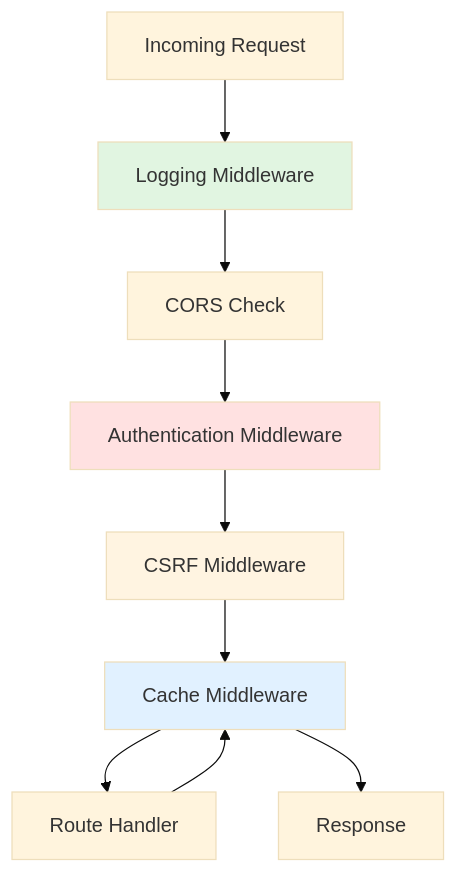
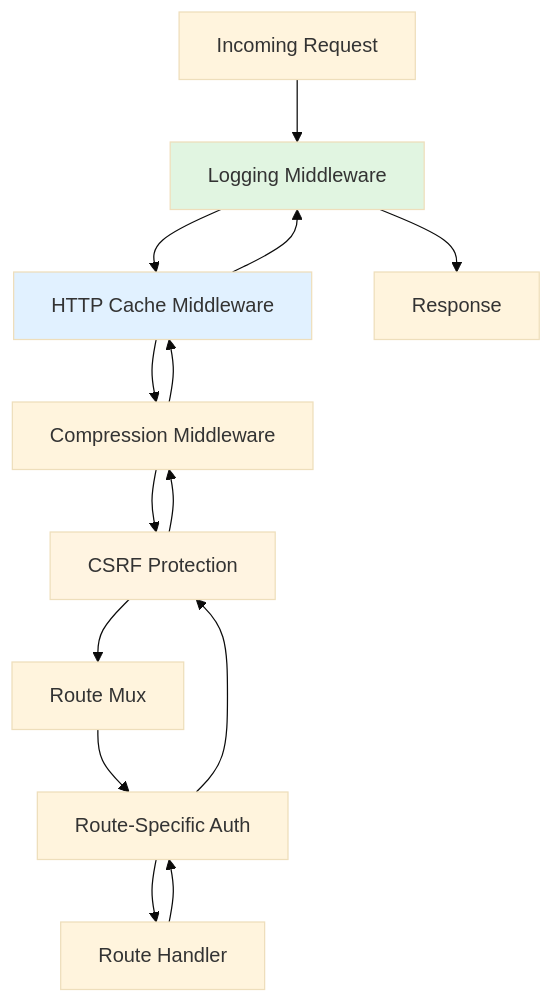
One commit to lbe/sfpg-go changed the sixth of 21 diagrams in docs/ARCHITECTURE.md. Above: the diagram before and after it, drawn with Mermaid (base theme). The commit also changed other lines of this file and 180 other files, not shown here.

````diff
--- a/docs/ARCHITECTURE.md
+++ b/docs/ARCHITECTURE.md
@@ -405,16 +442,20 @@
 ```mermaid
 graph TB
     Request[Incoming Request] --> LogMW[Logging Middleware]
-    LogMW --> CORS[CORS Check]
-    CORS --> AuthMW[Authentication Middleware]
-    AuthMW --> CSRFMW[CSRF Middleware]
-    CSRFMW --> CacheMW[Cache Middleware]
-    CacheMW --> Handler[Route Handler]
-    Handler --> CacheMW
-    CacheMW --> Response[Response]
+    LogMW --> CacheMW[HTTP Cache Middleware]
+    CacheMW --> CompressMW[Compression Middleware]
+    CompressMW --> CSRFMW[CSRF Protection]
+    CSRFMW --> Mux[Route Mux]
+    Mux --> AuthMW[Route-Specific Auth]
+    AuthMW --> Handler[Route Handler]
+    Handler --> AuthMW
+    AuthMW --> CSRFMW
+    CSRFMW --> CompressMW
+    CompressMW --> CacheMW
+    CacheMW --> LogMW
+    LogMW --> Response[Response]
 
     style LogMW fill:#e1f5e1
-    style AuthMW fill:#ffe1e1
     style CacheMW fill:#e1f1ff
     style CSRFMW fill:#fff4e1
 ```
````
